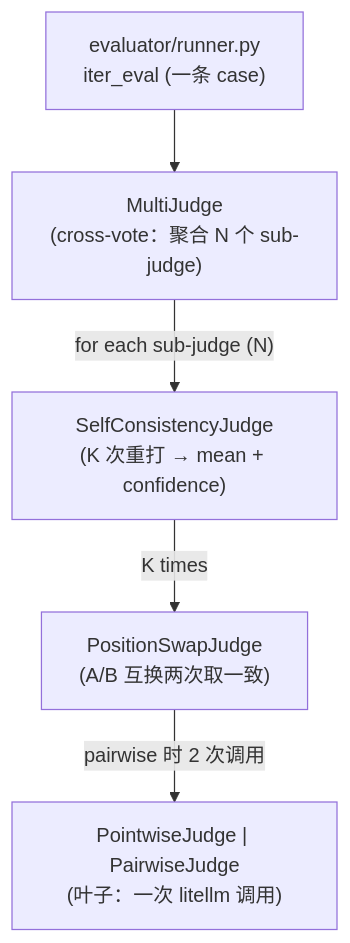
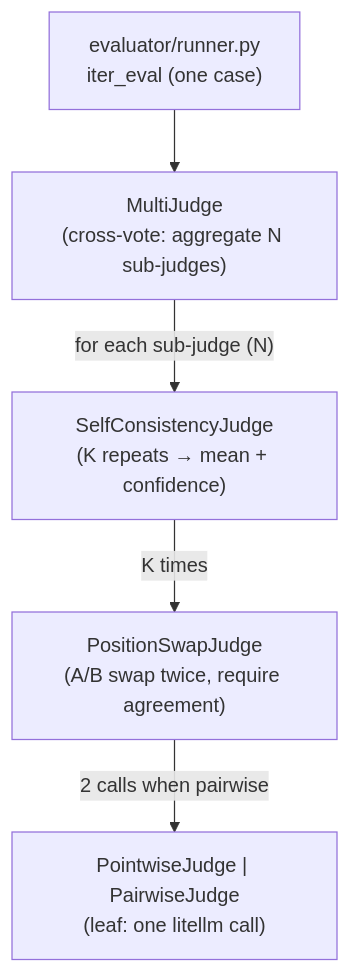
The first of 2 diagrams in docs/PHASE_6_PLAN.md (AndyUneducated/eval-gate), drawn with Mermaid before and after one commit. The commit also changed other lines of this file and 22 other files, not shown here.

````diff
--- a/docs/PHASE_6_PLAN.md
+++ b/docs/PHASE_6_PLAN.md
@@ -21,13 +21,13 @@
 ```mermaid
 flowchart TB
-  Runner["evaluator/runner.py<br/>iter_eval (一条 case)"]
-  Multi["MultiJudge<br/>(cross-vote：聚合 N 个 sub-judge)"]
-  SC["SelfConsistencyJudge<br/>(K 次重打 → mean + confidence)"]
-  Swap["PositionSwapJudge<br/>(A/B 互换两次取一致)"]
-  Leaf["PointwiseJudge | PairwiseJudge<br/>(叶子：一次 litellm 调用)"]
+  Runner["evaluator/runner.py<br/>iter_eval (one case)"]
+  Multi["MultiJudge<br/>(cross-vote: aggregate N sub-judges)"]
+  SC["SelfConsistencyJudge<br/>(K repeats → mean + confidence)"]
+  Swap["PositionSwapJudge<br/>(A/B swap twice, require agreement)"]
+  Leaf["PointwiseJudge | PairwiseJudge<br/>(leaf: one litellm call)"]
 
   Runner --> Multi
   Multi -->|"for each sub-judge (N)"| SC
   SC -->|"K times"| Swap
-  Swap -->|"pairwise 时 2 次调用"| Leaf
+  Swap -->|"2 calls when pairwise"| Leaf
 ```
````
